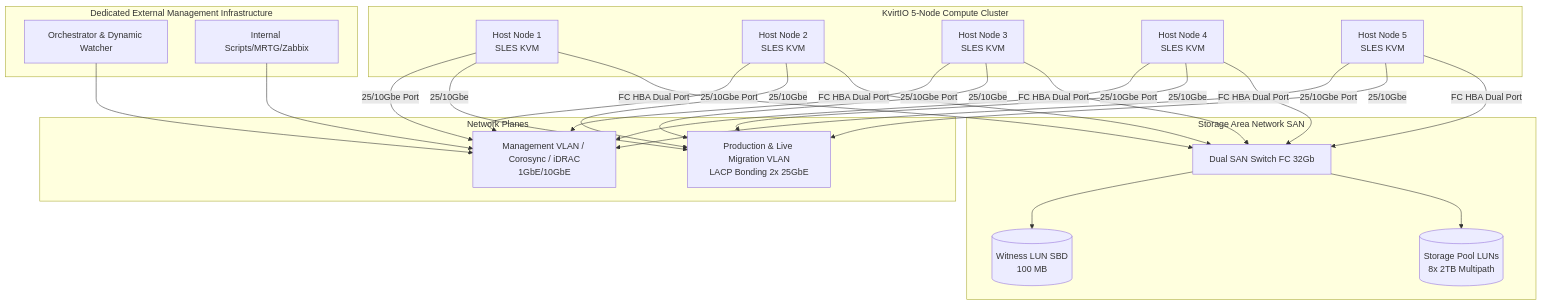
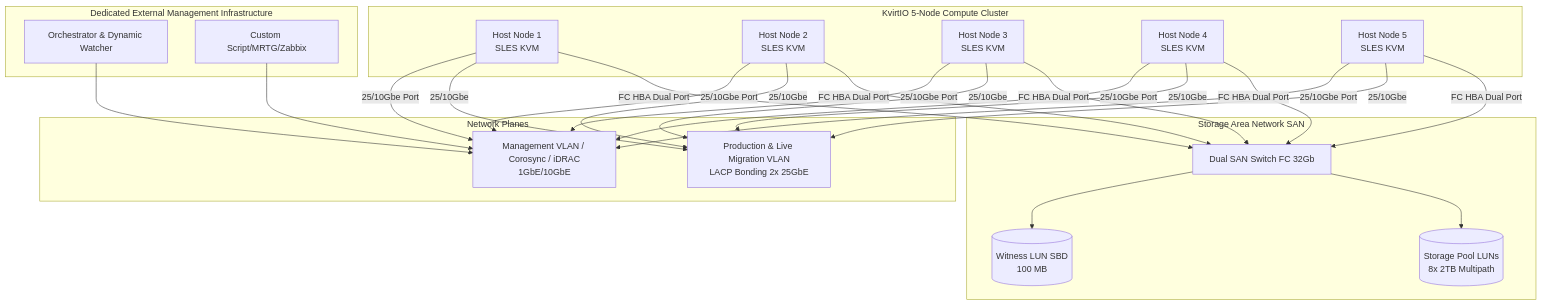
The diagram in KvirtIO_HLD.md (FutaroKevin/kVirtIO), drawn with Mermaid before and after one commit. The commit also changed other lines of this file and 3 other files, not shown here.

````diff
--- a/KvirtIO_HLD.md
+++ b/KvirtIO_HLD.md
@@ -13,37 +13,37 @@
 ```mermaid
 graph TD
     subgraph Management & Control Plane [Dedicated External Management Infrastructure]
         MGT_SRV[Orchestrator & Dynamic Watcher]
-        MON_SRV[Internal Scripts/MRTG/Zabbix]
+        MON_SRV[Custom Script/MRTG/Zabbix]
     end
 
     subgraph KvirtIO 5-Node Compute Cluster
         N1[Host Node 1<br/>SLES KVM]
         N2[Host Node 2<br/>SLES KVM]
         N3[Host Node 3<br/>SLES KVM]
         N4[Host Node 4<br/>SLES KVM]
         N5[Host Node 5<br/>SLES KVM]
     end
 
     subgraph Network Planes
         NET_MGMT[Management VLAN / Corosync / iDRAC<br/>1GbE/10GbE]
         NET_PROD_LM[Production & Live Migration VLAN<br/>LACP Bonding 2x 25GbE]
     end
 
     subgraph Storage Area Network SAN
         SAN_SWITCH[Dual SAN Switch FC 32Gb]
         SBD_LUN[(Witness LUN SBD<br/>100 MB)]
         DATA_LUNS[(Storage Pool LUNs<br/>8x 2TB Multipath)]
     end
 
     %% Network Connections
     MGT_SRV --> NET_MGMT
     MON_SRV --> NET_MGMT
     N1 & N2 & N3 & N4 & N5 -- 25/10Gbe Port  --> NET_MGMT
     N1 & N2 & N3 & N4 & N5 -- 25/10Gbe --> NET_PROD_LM
 
     %% Storage Connections
     N1 & N2 & N3 & N4 & N5 -- FC HBA Dual Port --> SAN_SWITCH
     SAN_SWITCH --> SBD_LUN
     SAN_SWITCH --> DATA_LUNS
 ```
````
